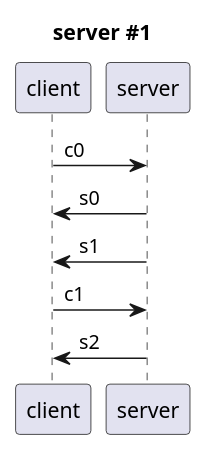
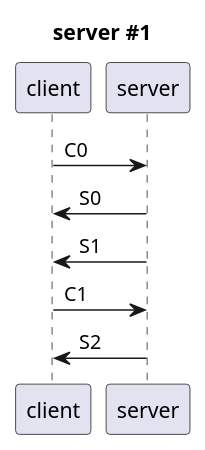
The third of 5 diagrams in doc/rtmp.md (ejb-castis/rtmp-module-dev), drawn with PlantUML before and after one commit. The commit also changed other lines of this file and 9 other files, not shown here.

````diff
--- a/doc/rtmp.md
+++ b/doc/rtmp.md
@@ -82,9 +80,9 @@
 ```puml
 title : server #1
-client -> server : c0
-client <- server : s0
-client <- server : s1
+client -> server : C0
+client <- server : S0
+client <- server : S1
 
-client -> server : c1
-client <- server : s2
+client -> server : C1
+client <- server : S2
 ```
````
